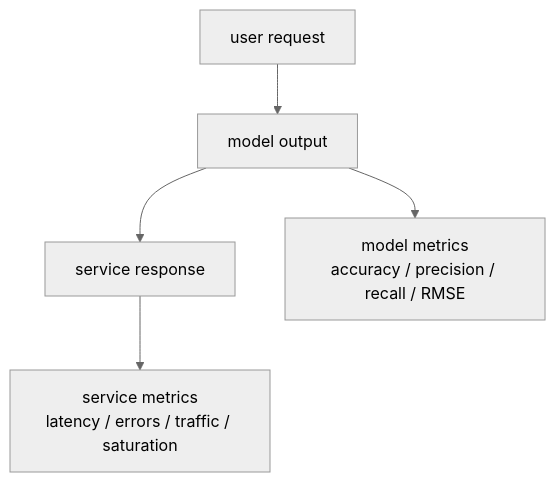
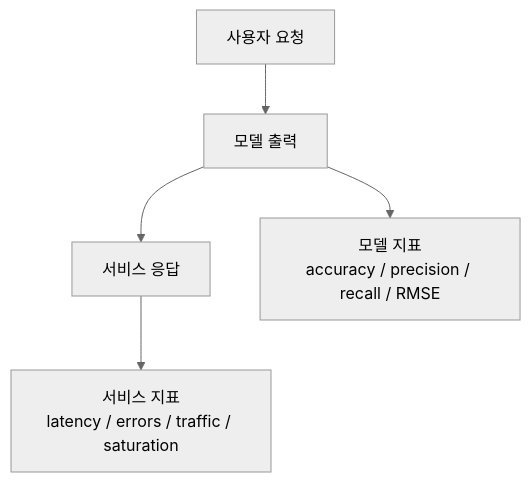
The first of 4 diagrams in docs/parts/part-04/chapter-06/section-03.md (devchan64/AiBook), drawn with Mermaid (neutral theme) before and after one commit. The commit also changed other lines of this file and 72 other files, not shown here.

````diff
--- a/docs/parts/part-04/chapter-06/section-03.md
+++ b/docs/parts/part-04/chapter-06/section-03.md
@@ -46,12 +46,12 @@
 ```mermaid
 flowchart TD
-  A["user request"]
-  B["model output"]
-  C["service response"]
-  D["model metrics<br/>accuracy / precision / recall / RMSE"]
-  E["service metrics<br/>latency / errors / traffic / saturation"]
+  A["사용자 요청"]
+  B["모델 출력"]
+  C["서비스 응답"]
+  D["모델 지표<br/>accuracy / precision / recall / RMSE"]
+  E["서비스 지표<br/>latency / errors / traffic / saturation"]
 
   A --> B --> C
   B --> D
   C --> E
 ```
````
